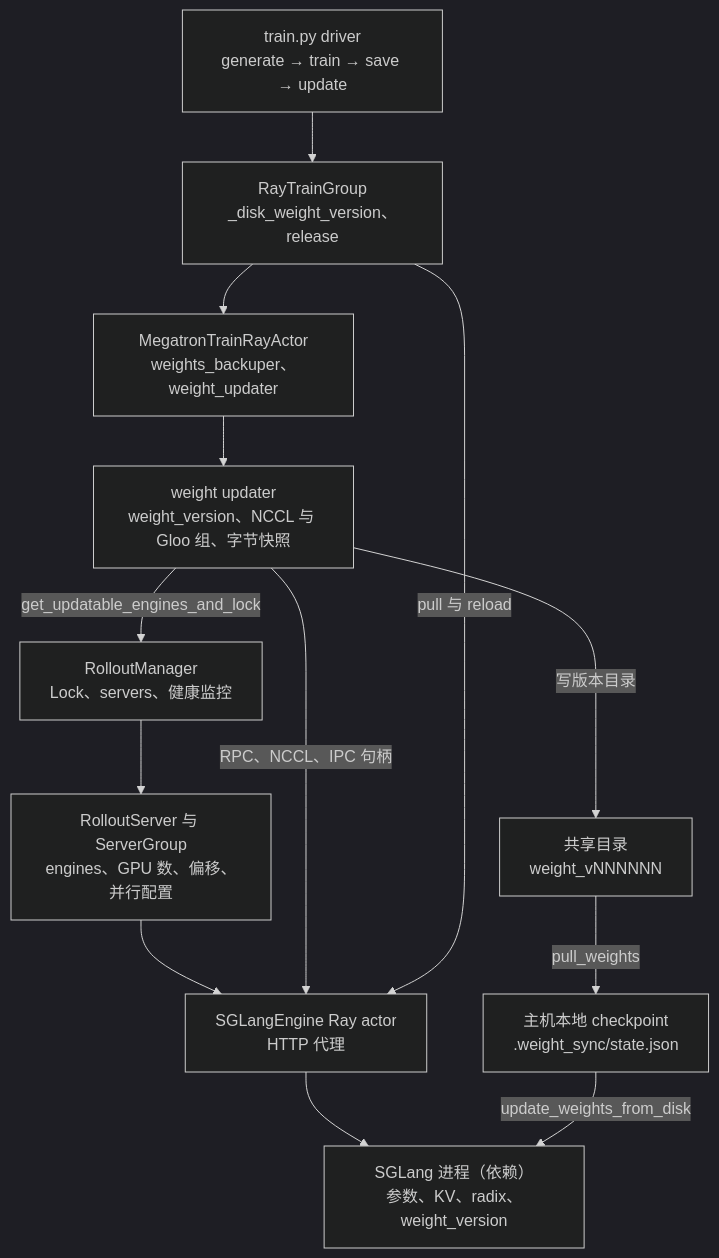
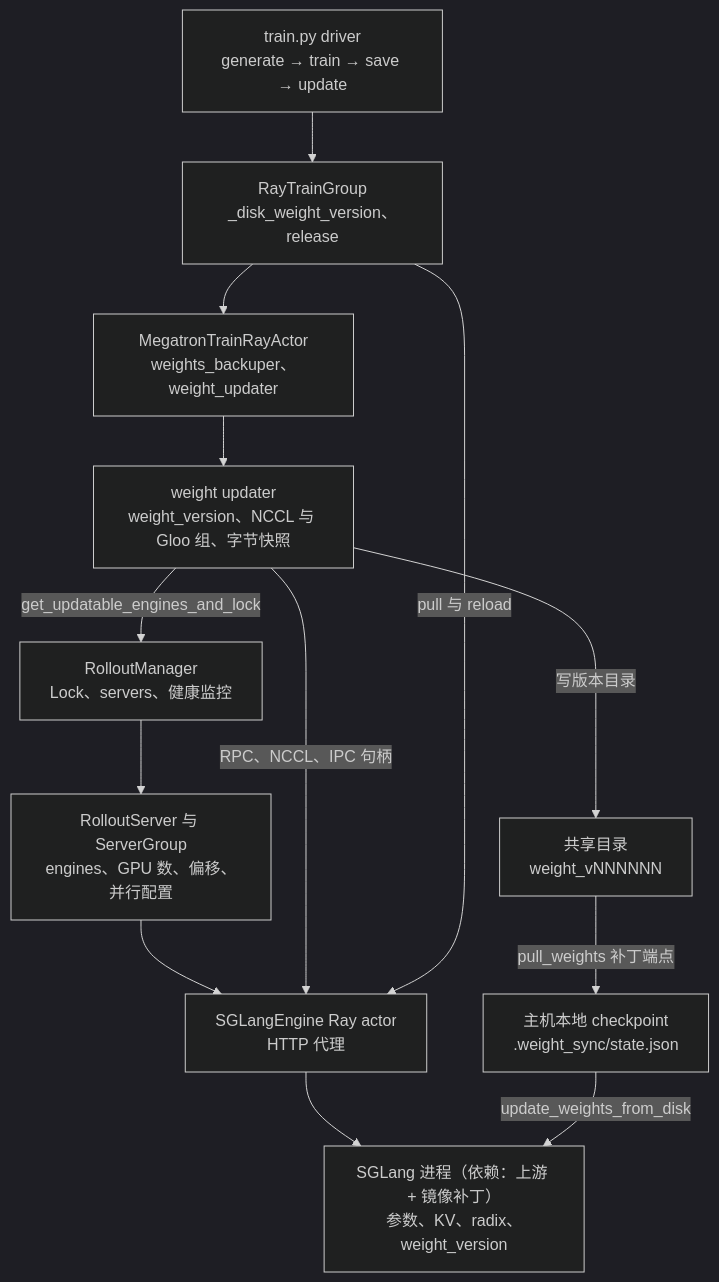
The diagram in wiki/02_engineering/04_posttrain_frameworks/slime/16_slime_weight_sync_analysis.md (suhaibo666/llm-knowledge), drawn with Mermaid (dark theme) before and after one commit. The commit also changed other lines of this file and 223 other files, not shown here.

````diff
--- a/wiki/02_engineering/04_posttrain_frameworks/slime/16_slime_weight_sync_analysis.md
+++ b/wiki/02_engineering/04_posttrain_frameworks/slime/16_slime_weight_sync_analysis.md
@@ -209,19 +240,19 @@
 ```mermaid
 flowchart TB
     DR["train.py driver<br/>generate → train → save → update"]
     TG["RayTrainGroup<br/>_disk_weight_version、release"]
     TA["MegatronTrainRayActor<br/>weights_backuper、weight_updater"]
     UP["weight updater<br/>weight_version、NCCL 与 Gloo 组、字节快照"]
     RM["RolloutManager<br/>Lock、servers、健康监控"]
     SV["RolloutServer 与 ServerGroup<br/>engines、GPU 数、偏移、并行配置"]
     EN["SGLangEngine Ray actor<br/>HTTP 代理"]
-    SG["SGLang 进程（依赖）<br/>参数、KV、radix、weight_version"]
+    SG["SGLang 进程（依赖：上游 + 镜像补丁）<br/>参数、KV、radix、weight_version"]
     FS["共享目录<br/>weight_vNNNNNN"]
     LC["主机本地 checkpoint<br/>.weight_sync/state.json"]
     DR --> TG --> TA --> UP
     UP -->|get_updatable_engines_and_lock| RM --> SV --> EN --> SG
     UP -->|RPC、NCCL、IPC 句柄| EN
     UP -->|写版本目录| FS
     TG -->|pull 与 reload| EN
-    FS -->|pull_weights| LC -->|update_weights_from_disk| SG
+    FS -->|pull_weights 补丁端点| LC -->|update_weights_from_disk| SG
 ```
````
